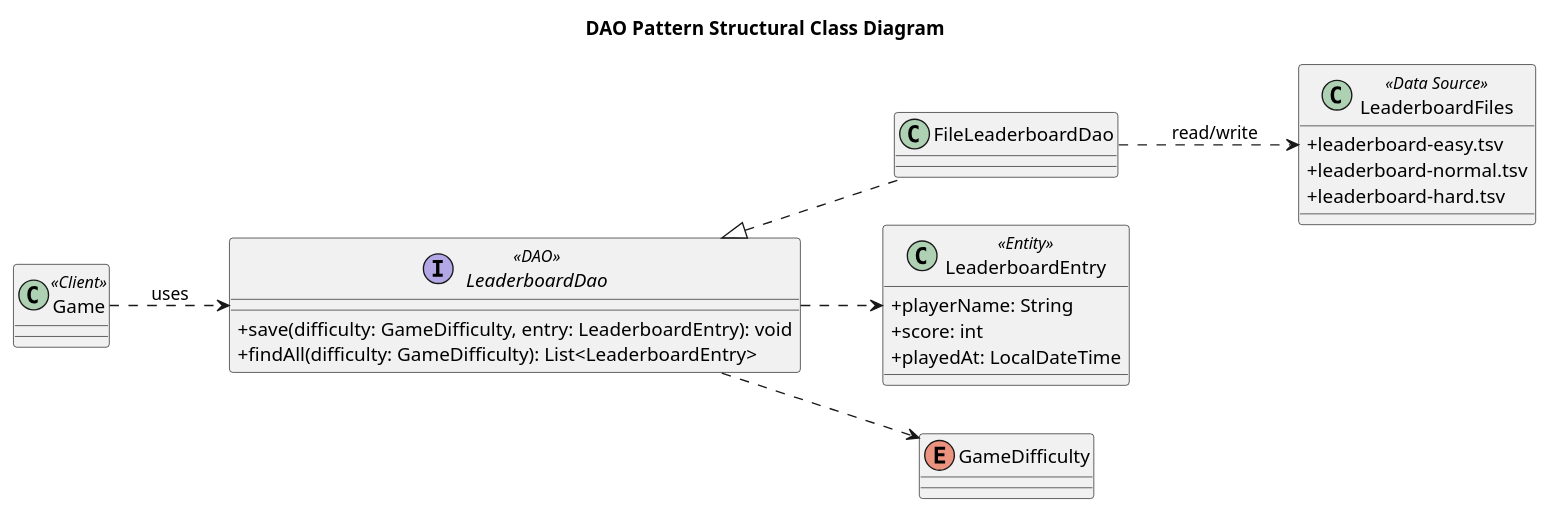
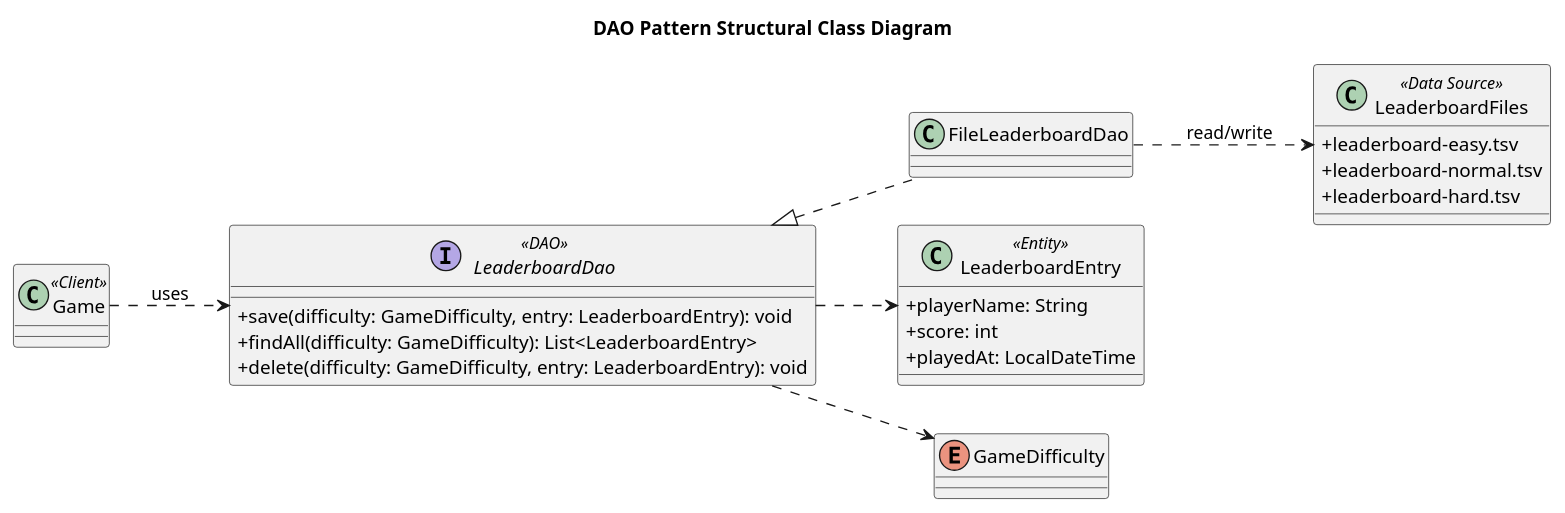
The diagram in docs/uml/DaoPattern.puml (serianrealm/Touhou), drawn with PlantUML before and after one commit. The commit also changed 29 other files, not shown here.

```diff
--- a/docs/uml/DaoPattern.puml
+++ b/docs/uml/DaoPattern.puml
@@ -1,40 +1,41 @@
 @startuml
 ' Project example: leaderboard persistence
 
 skinparam classAttributeIconSize 0
 skinparam shadowing false
 left to right direction
 
 title DAO Pattern Structural Class Diagram
 
 class Game <<Client>>
 
 interface LeaderboardDao <<DAO>> {
   + save(difficulty: GameDifficulty, entry: LeaderboardEntry): void
   + findAll(difficulty: GameDifficulty): List<LeaderboardEntry>
+  + delete(difficulty: GameDifficulty, entry: LeaderboardEntry): void
 }
 
 class FileLeaderboardDao
 
 class LeaderboardEntry <<Entity>> {
   + playerName: String
   + score: int
   + playedAt: LocalDateTime
 }
 
 enum GameDifficulty
 
 class LeaderboardFiles <<Data Source>> {
   + leaderboard-easy.tsv
   + leaderboard-normal.tsv
   + leaderboard-hard.tsv
 }
 
 Game ..> LeaderboardDao : uses
 LeaderboardDao <|.. FileLeaderboardDao
 
 LeaderboardDao ..> LeaderboardEntry
 LeaderboardDao ..> GameDifficulty
 FileLeaderboardDao ..> LeaderboardFiles : read/write
 
 @enduml
```
